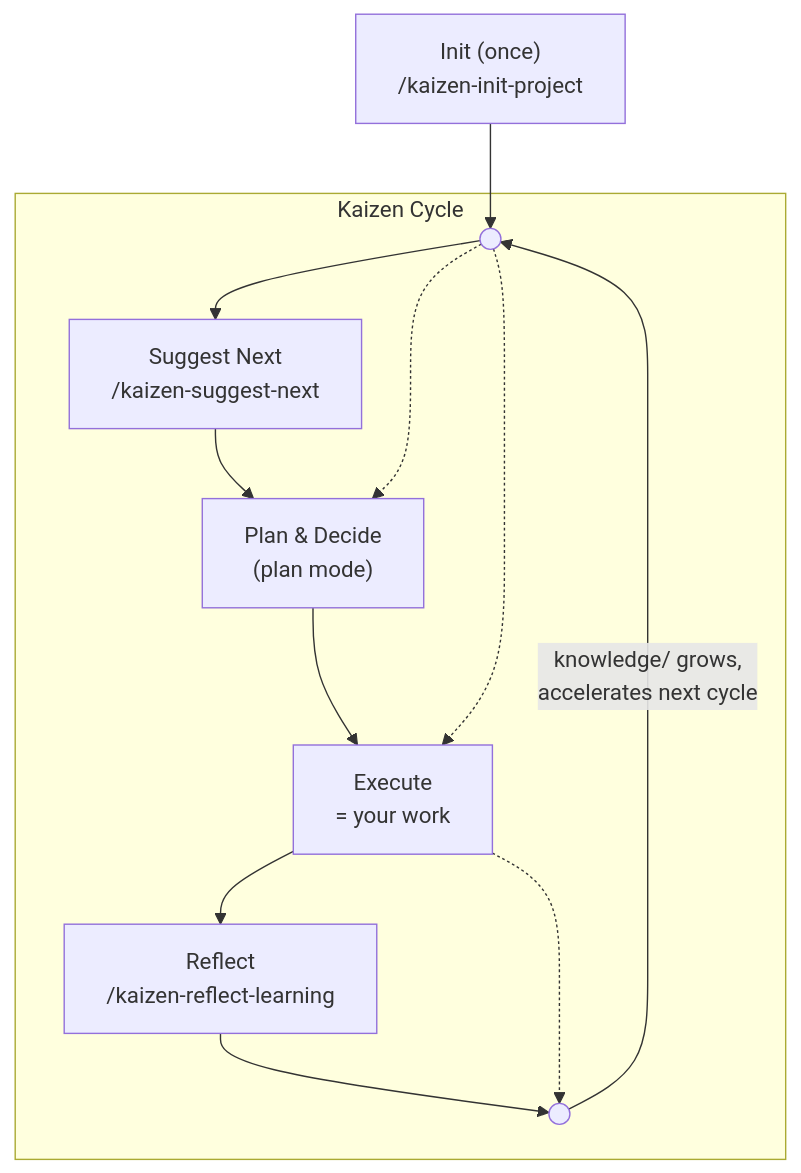
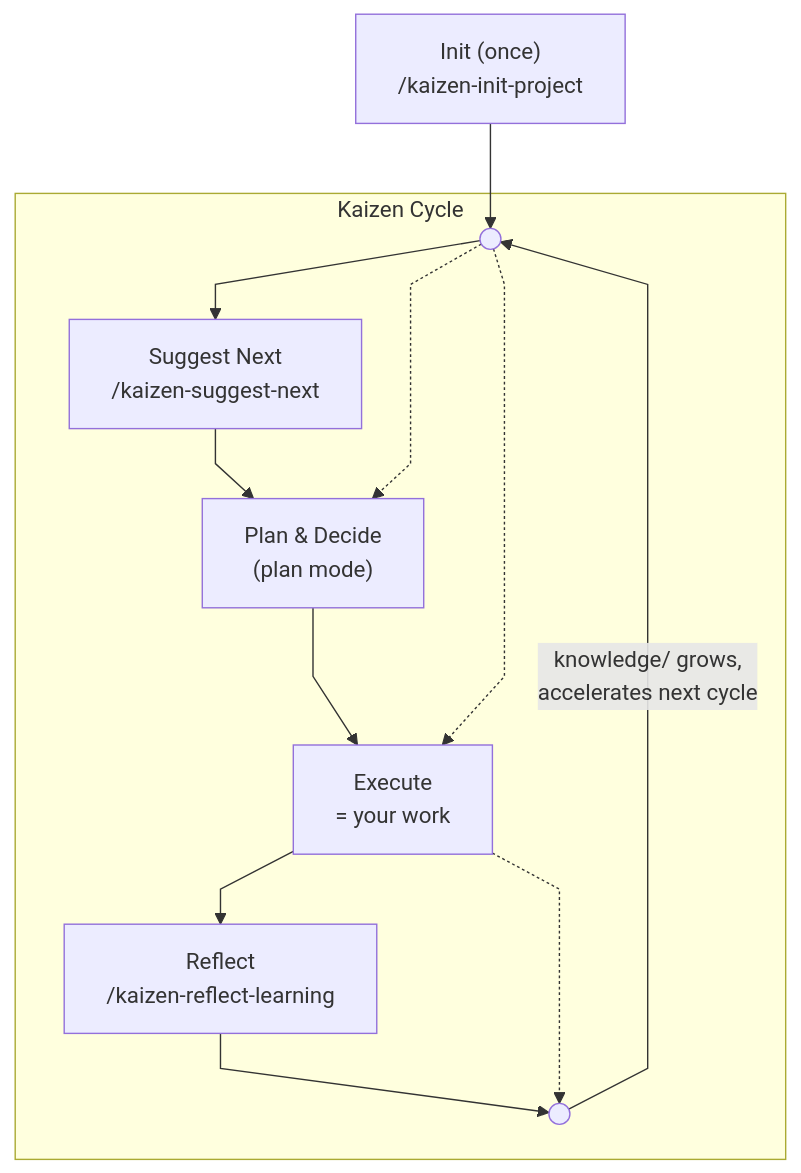
One commit to tomfook/kaizen-cli changed the diagram in docs/CONCEPT.md. Above: the diagram before and after it, drawn with Mermaid. The commit also changed 1 other file, not shown here.

Commit message:
style: use linear curve for Mermaid diagram connections
Add flowchart curve: linear config to replace the default curved
connections with straight angular lines.

https://claude.ai/code/session_011ENnixXZ7xcQcWQSnBuWA9

````diff
--- a/docs/CONCEPT.md
+++ b/docs/CONCEPT.md
@@ -45,20 +45,25 @@
 ```mermaid
+---
+config:
+  flowchart:
+    curve: linear
+---
 graph TD
     Init["Init (once)<br>/kaizen-init-project"] --> Start
 
     subgraph Cycle [" Kaizen Cycle "]
         Start((" "))
         Suggest["Suggest Next<br>/kaizen-suggest-next"]
         Plan["Plan & Decide<br>(plan mode)"]
         Execute["Execute<br>= your work"]
         Reflect["Reflect<br>/kaizen-reflect-learning"]
         End((" "))
 
         Start --> Suggest --> Plan --> Execute --> Reflect --> End
         Start -.-> Plan
         Start -.-> Execute
         Execute -.-> End
     end
 
     End -->|"knowledge/ grows,<br>accelerates next cycle"| Start
 ```
````
